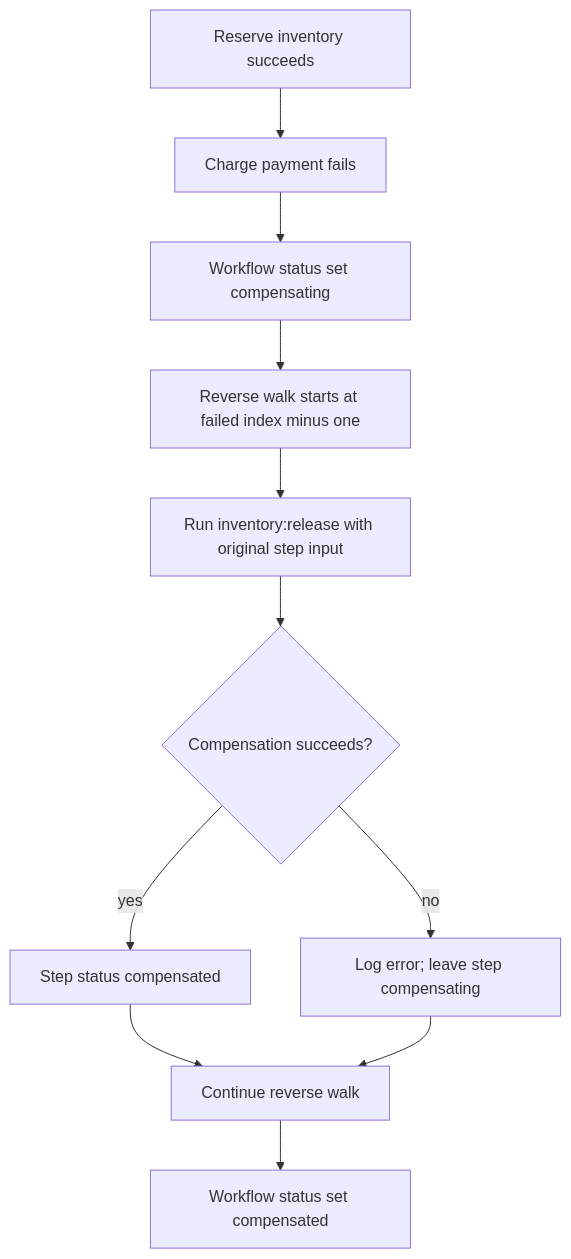
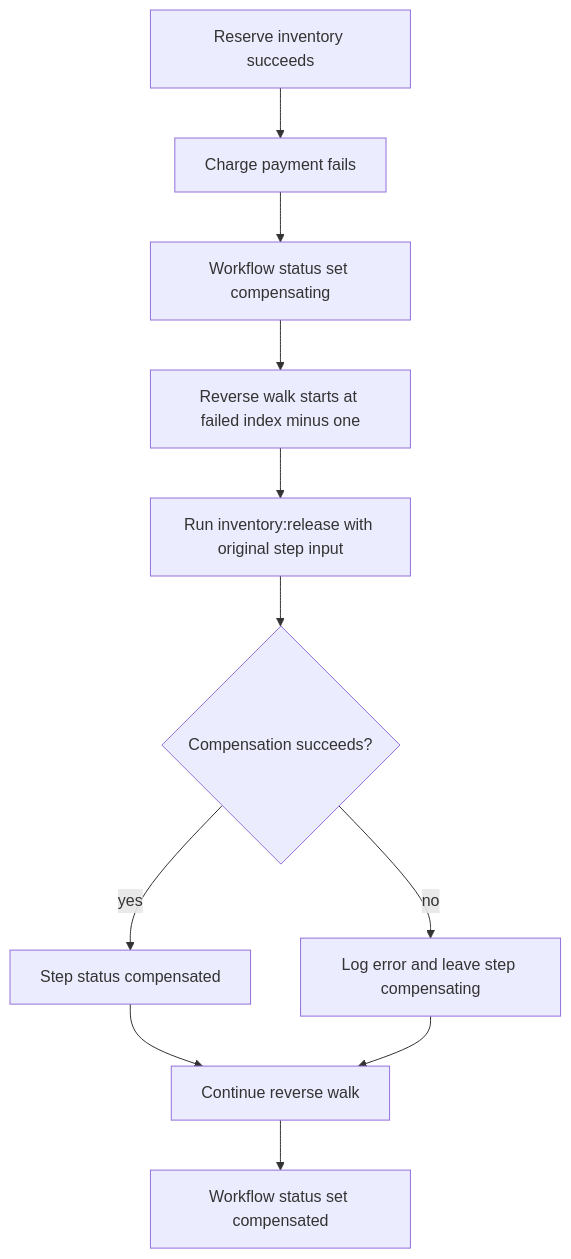
Before and after one commit to slash-init/goflow: the sixth of 9 diagrams in ARCHITECTURE.md, drawn with Mermaid. The commit also changed other lines of this file, not shown here.

Commit message:
docs: fix Mermaid preview syntax

````diff
--- a/ARCHITECTURE.md
+++ b/ARCHITECTURE.md
@@ -312,13 +312,13 @@
 ```mermaid
 flowchart TD
   A[Reserve inventory succeeds] --> B[Charge payment fails]
   B --> C[Workflow status set compensating]
   C --> D[Reverse walk starts at failed index minus one]
   D --> E[Run inventory:release with original step input]
   E --> F{Compensation succeeds?}
   F -->|yes| G[Step status compensated]
-  F -->|no| H[Log error; leave step compensating]
+  F -->|no| H[Log error and leave step compensating]
   G --> I[Continue reverse walk]
   H --> I
   I --> J[Workflow status set compensated]
 ```
````
